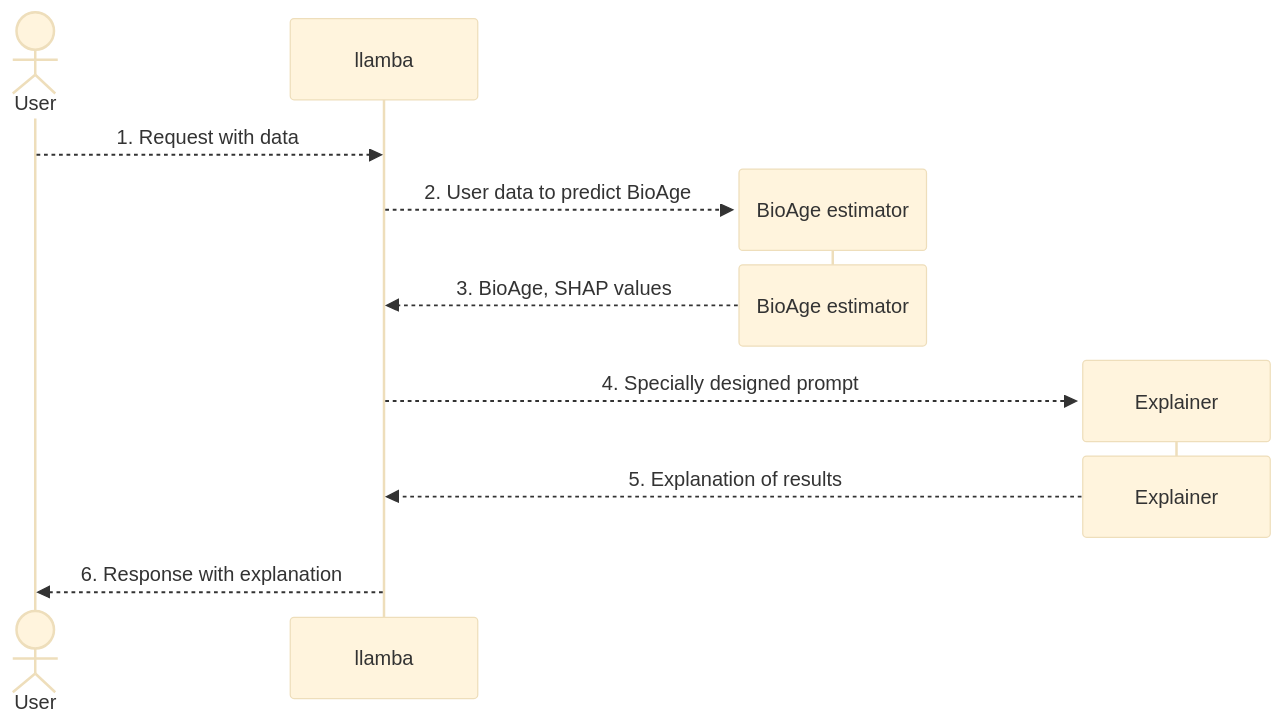
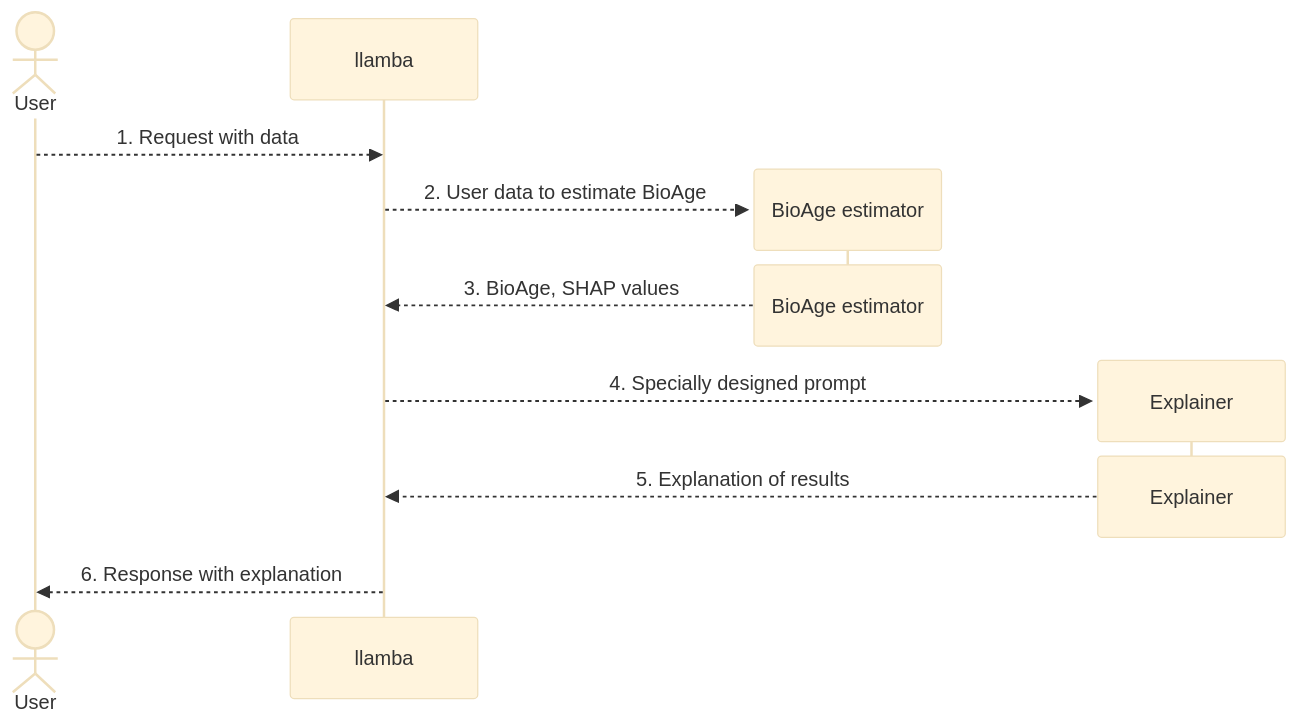
The diagram in README.md (mike-live/llamba), drawn with Mermaid (base theme) before and after one commit. The commit also changed other lines of this file, not shown here.

````diff
--- a/README.md
+++ b/README.md
@@ -7,15 +7,15 @@
 ```mermaid
 sequenceDiagram
     actor User
     participant C as llamba
     User-->>C: 1. Request with data
     create participant AE as BioAge estimator
-    C-->>AE: 2. User data to predict BioAge
+    C-->>AE: 2. User data to estimate BioAge
     destroy AE
     AE-->>C: 3. BioAge, SHAP values
     create participant E as Explainer
     C-->>E: 4. Specially designed prompt
     destroy E
     E-->>C: 5. Explanation of results
     C-->>User: 6. Response with explanation
 ```
````
